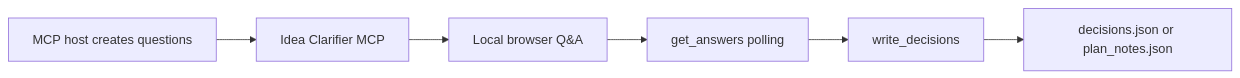
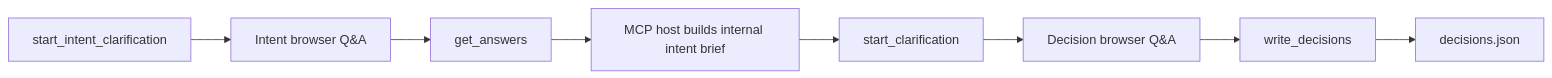
Before and after one commit to menesekinci/idea-clarifier-mcp: the diagram in README.md, drawn with Mermaid. The commit also changed other lines of this file and 9 other files, not shown here.

Commit message:
feat: add intent-first clarification flow

````diff
--- a/README.md
+++ b/README.md
@@ -17,8 +17,10 @@
 ```mermaid
 flowchart LR
-    A["MCP host creates questions"] --> B["Idea Clarifier MCP"]
-    B --> C["Local browser Q&A"]
-    C --> D["get_answers polling"]
-    D --> E["write_decisions"]
-    E --> F["decisions.json or plan_notes.json"]
+    A["start_intent_clarification"] --> B["Intent browser Q&A"]
+    B --> C["get_answers"]
+    C --> D["MCP host builds internal intent brief"]
+    D --> E["start_clarification"]
+    E --> F["Decision browser Q&A"]
+    F --> G["write_decisions"]
+    G --> H["decisions.json"]
 ```
````
